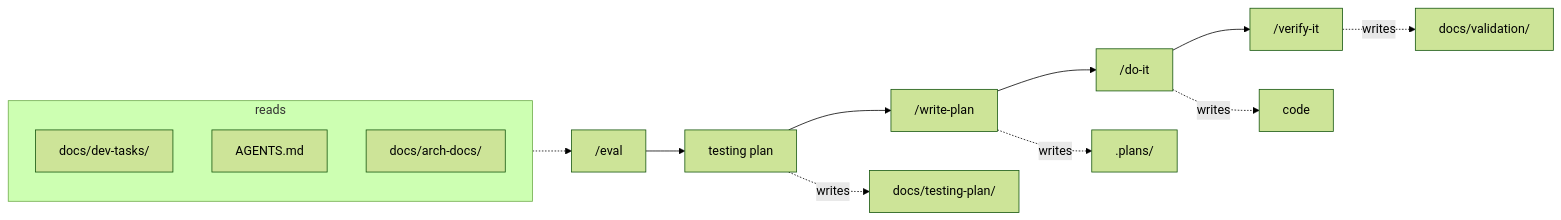
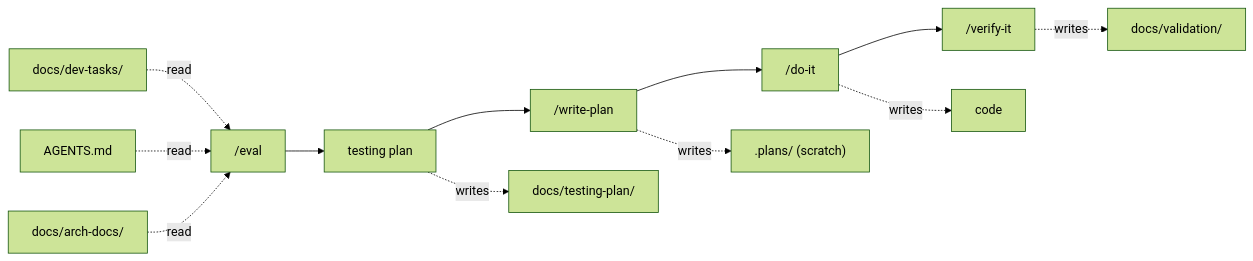
One commit to josepalala-dev/ai-tool-docs changed the diagram in the-loop.md. Above: the diagram before and after it, drawn with Mermaid (forest theme). The commit also changed 2 other files, not shown here.

Commit message:
fix(site): drop html from mermaid labels so strict mode renders them

```diff
--- a/the-loop.md
+++ b/the-loop.md
@@ -11,14 +11,14 @@
 <pre class="mermaid">
 flowchart LR
-    subgraph read["reads"]
-      R1["docs/dev-tasks/"]
-      R2["AGENTS.md"]
-      R3["docs/arch-docs/"]
-    end
-    E["/eval"] --> T["testing plan"] --> P["/write-plan"] --> D["/do-it"] --> V["/verify-it"]
-    read -.-> E
+    E["/eval"] --> T["testing plan"]
+    T --> P["/write-plan"]
+    P --> D["/do-it"]
+    D --> V["/verify-it"]
+    R1["docs/dev-tasks/"] -.read.-> E
+    R2["AGENTS.md"] -.read.-> E
+    R3["docs/arch-docs/"] -.read.-> E
     T -.writes.-> W1["docs/testing-plan/"]
-    P -.writes.-> W2[".plans/"]
+    P -.writes.-> W2[".plans/ (scratch)"]
     D -.writes.-> W3["code"]
     V -.writes.-> W4["docs/validation/"]
 </pre>
```
